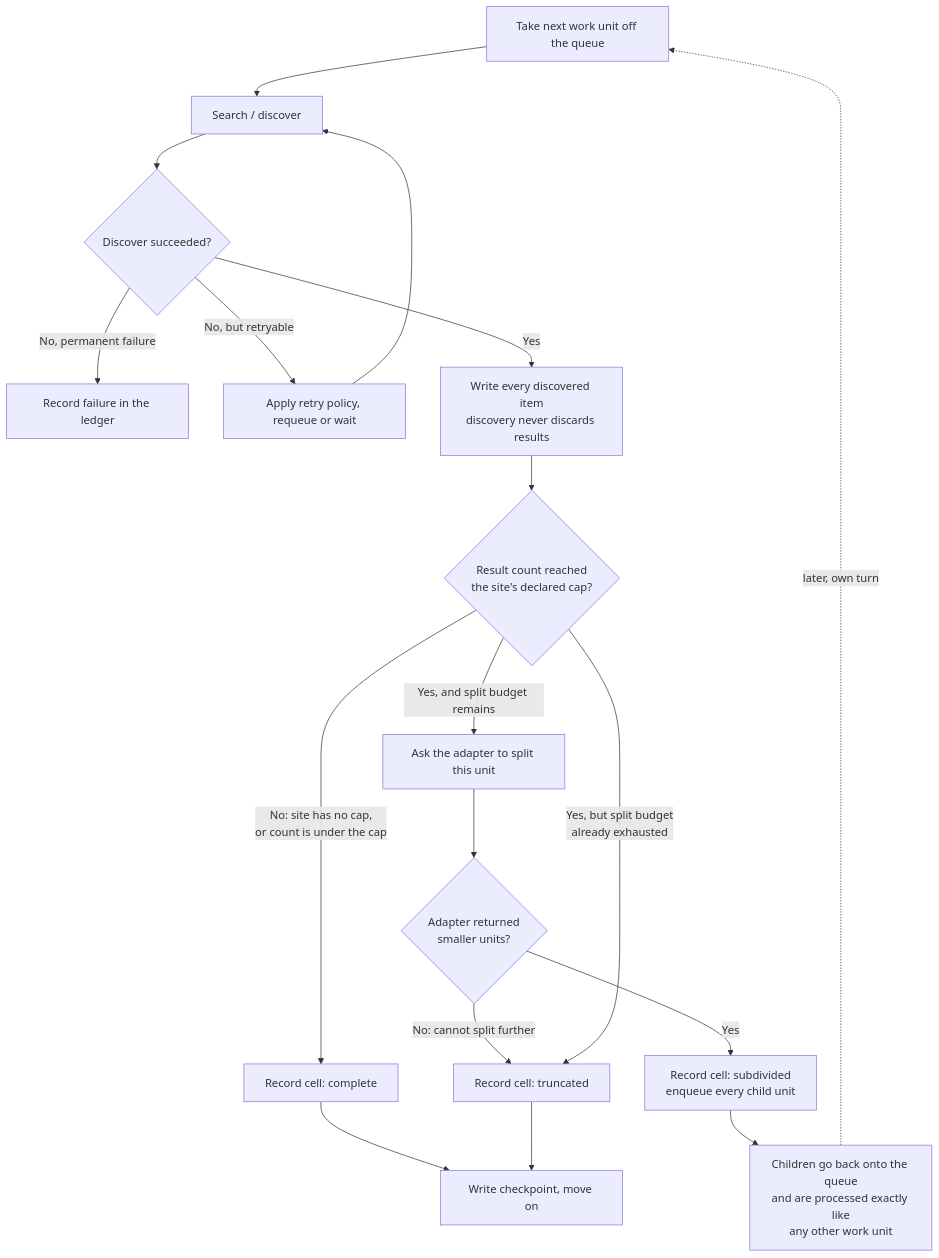
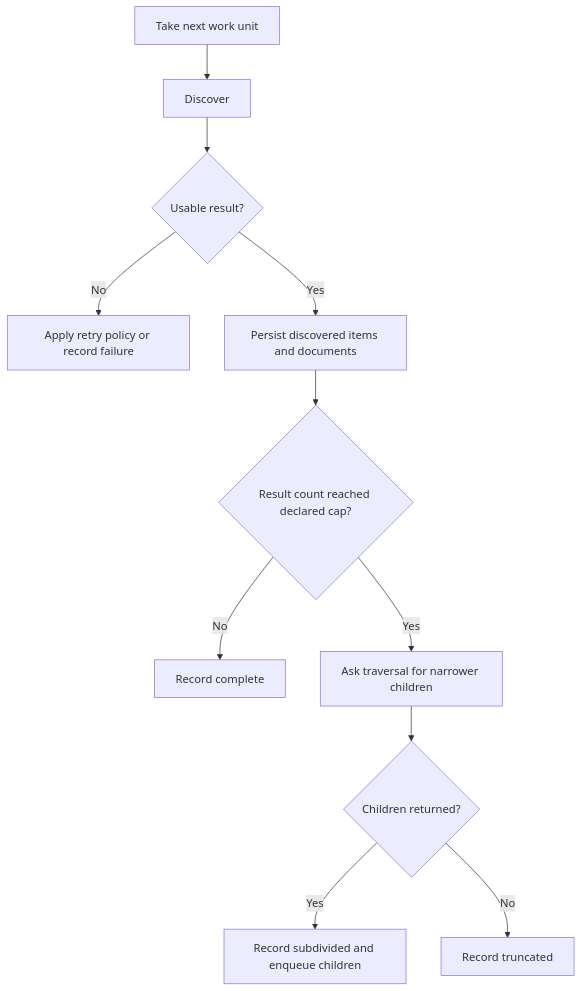
The first of 2 diagrams in docs/sweep-flow.md (FelipeS02/scraper-challenge), drawn with Mermaid before and after one commit. The commit also changed other lines of this file and 3 other files, not shown here.

````diff
--- a/docs/sweep-flow.md
+++ b/docs/sweep-flow.md
@@ -49,20 +29,13 @@
 ```mermaid
 flowchart TD
-    A[Take next work unit off the queue] --> B[Search / discover]
-    B --> C{Discover succeeded?}
-    C -- No, permanent failure --> D[Record failure in the ledger]
-    C -- No, but retryable --> E[Apply retry policy, requeue or wait]
-    E --> B
-    C -- Yes --> F[Write every discovered item<br/>discovery never discards results]
-    F --> G{Result count reached<br/>the site's declared cap?}
-    G -- No: site has no cap,<br/>or count is under the cap --> H[Record cell: complete]
-    G -- Yes, and split budget remains --> I[Ask the adapter to split this unit]
-    I --> J{Adapter returned<br/>smaller units?}
-    J -- Yes --> K[Record cell: subdivided<br/>enqueue every child unit]
-    J -- No: cannot split further --> L[Record cell: truncated]
-    G -- Yes, but split budget<br/>already exhausted --> L
-    K --> M[Children go back onto the queue<br/>and are processed exactly like<br/>any other work unit]
-    H --> N[Write checkpoint, move on]
-    L --> N
-    M -.->|later, own turn| A
+    A[Take next work unit] --> B[Discover]
+    B --> C{Usable result?}
+    C -- No --> D[Apply retry policy or record failure]
+    C -- Yes --> E[Persist discovered items and documents]
+    E --> F{Result count reached declared cap?}
+    F -- No --> G[Record complete]
+    F -- Yes --> H[Ask traversal for narrower children]
+    H --> I{Children returned?}
+    I -- Yes --> J[Record subdivided and enqueue children]
+    I -- No --> K[Record truncated]
 ```
````
